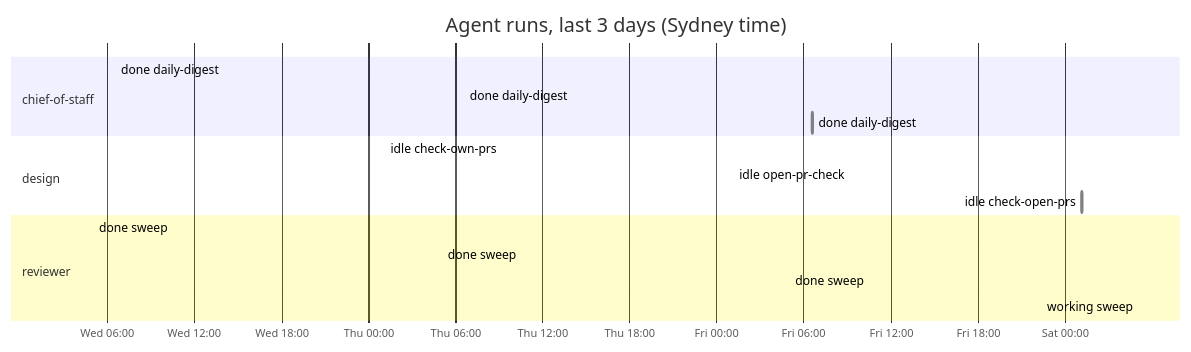
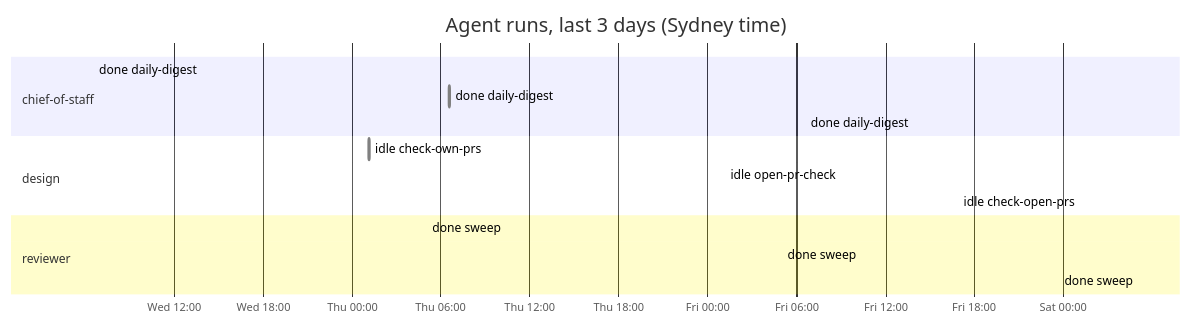
The diagram in dashboard.md (roulmediateam-byte/fifteen-expert-hq), drawn with Mermaid before and after one commit. The commit also changed other lines of this file and 1 other file, not shown here.

````diff
--- a/dashboard.md
+++ b/dashboard.md
@@ -47,19 +47,18 @@
 ```mermaid
 gantt
     title Agent runs, last 3 days (Sydney time)
     dateFormat YYYY-MM-DD HH:mm
     axisFormat %a %H:%M
     section chief-of-staff
     done daily-digest :done, 2026-11-18 06:35, 2026-11-18 06:36
     done daily-digest :done, 2026-11-19 06:35, 2026-11-19 06:36
     done daily-digest :done, 2026-11-20 06:35, 2026-11-20 06:37
     section design
     idle check-own-prs :done, 2026-11-19 01:10, 2026-11-19 01:11
     idle open-pr-check :done, 2026-11-20 01:10, 2026-11-20 01:11
     idle check-open-prs :done, 2026-11-21 01:10, 2026-11-21 01:11
     section reviewer
-    done sweep :done, 2026-11-18 05:04, 2026-11-18 05:05
     done sweep :done, 2026-11-19 05:04, 2026-11-19 05:05
     done sweep :done, 2026-11-20 05:05, 2026-11-20 05:05
-    working sweep :active, 2026-11-21 05:05, 2026-11-21 05:05
+    done sweep :done, 2026-11-21 05:05, 2026-11-21 05:06
 ```
````
